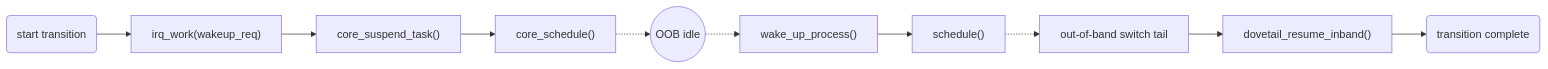
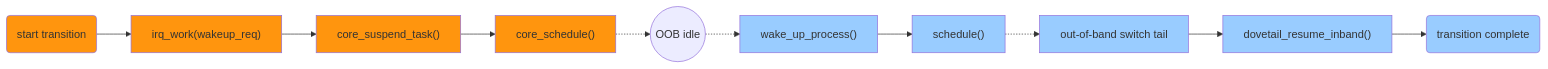
One commit to The-going/evlproject changed the second of 4 diagrams in content/dovetail/altsched/_index.md. Above: the diagram before and after it, drawn with Mermaid. The commit also changed other lines of this file and 4 other files, not shown here.

```diff
--- a/content/dovetail/altsched/_index.md
+++ b/content/dovetail/altsched/_index.md
@@ -315,12 +323,21 @@
 {{<mermaid align="left">}}
 graph LR;
     S("start transition") --> A
+    style S fill:#ff950e;
     A["irq_work(wakeup_req)"] --> B["core_suspend_task()"]
+    style A fill:#ff950e;
+    style B fill:#ff950e;
     B --> C["core_schedule()"]
+    style C fill:#ff950e;
     C -.-> Y((OOB idle))
     Y -.-> D["wake_up_process()"]
+    style D fill:#99ccff;
     D --> E["schedule()"]
+    style E fill:#99ccff;
     E -.-> X["out-of-band switch tail"]
+    style X fill:#99ccff;
     X --> G["dovetail_resume_inband()"]
+    style G fill:#99ccff;
     G --> I("transition complete")
+    style I fill:#99ccff;
 {{< /mermaid >}}
```
